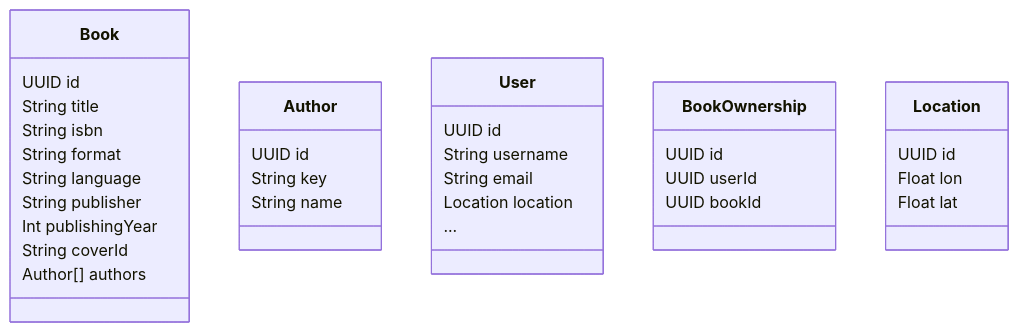
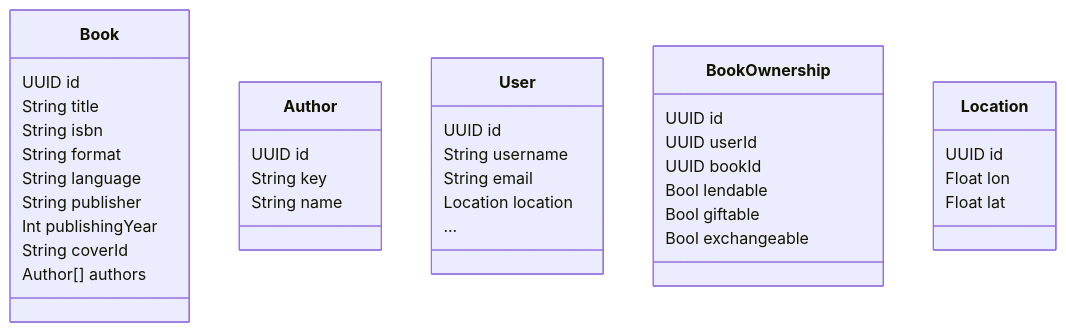
Before and after one commit to AAU-ASE24W-group-E/crowd-library: the diagram in docs/domain-analysis/domain-diagram.md, drawn with Mermaid.

Commit message:
Update domain-diagram.md
added BookOwnership flags

````diff
--- a/docs/domain-analysis/domain-diagram.md
+++ b/docs/domain-analysis/domain-diagram.md
@@ -25,41 +25,44 @@
 ```mermaid
 classDiagram
     class Book {
         UUID id
         String title
         String isbn
         String format
         String language
         String publisher
         Int publishingYear
         String coverId
         Author[] authors
     }
 
     class Author {
         UUID id
         String key
         String name
     }
 
     class User {
         UUID id
         String username
         String email
         Location location
         ...
     }
 
     class BookOwnership {
         UUID id
         UUID userId
         UUID bookId
+        Bool lendable
+        Bool giftable
+        Bool exchangeable
     }
 
     class Location {
         UUID id
         Float lon
         Float lat
     }
 
 ```
````
